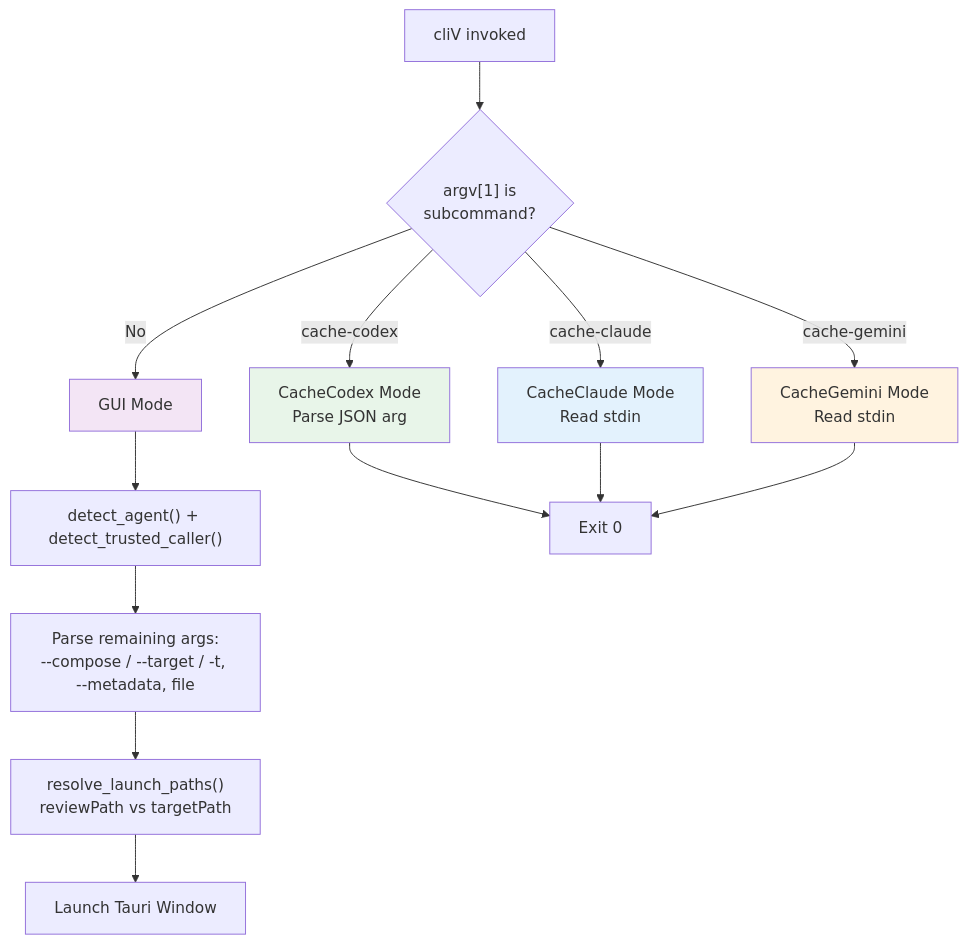
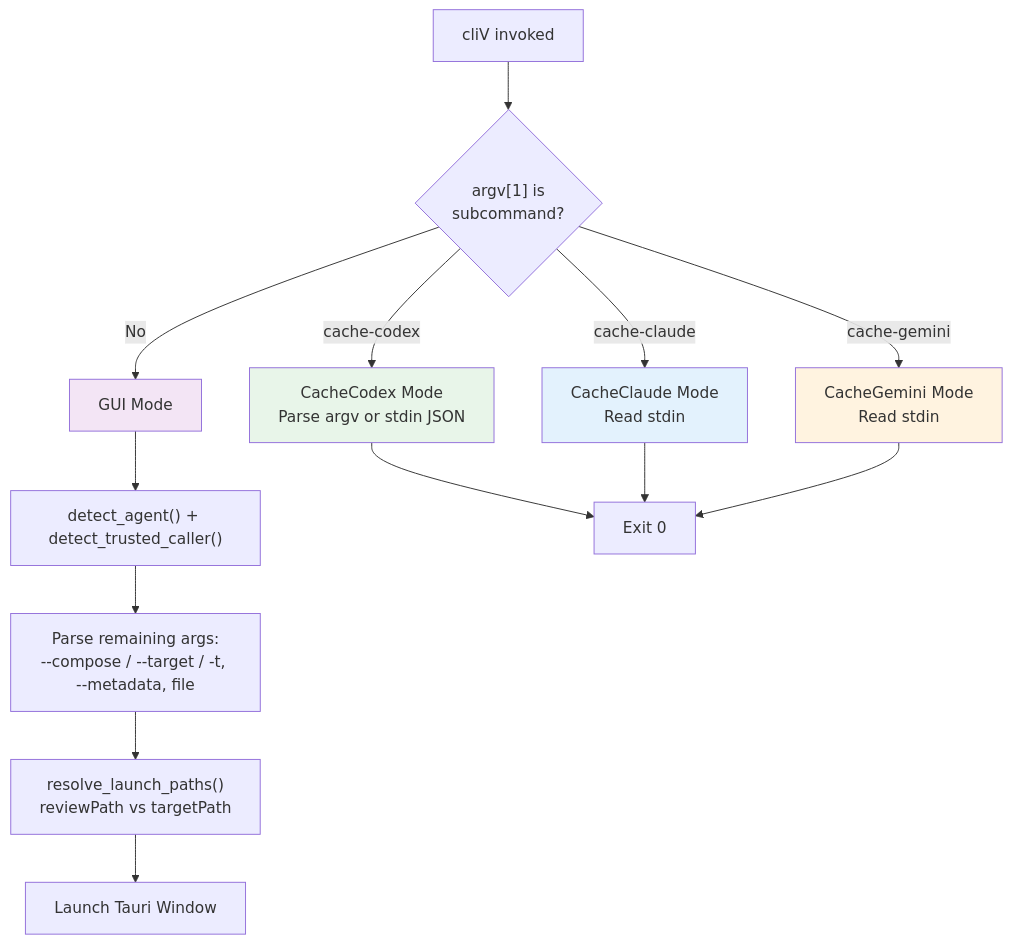
Before and after one commit to BobDLA/cliv: the third of 22 diagrams in docs/demo/demo.md, drawn with Mermaid. The commit also changed other lines of this file and 22 other files, not shown here.

````diff
--- a/docs/demo/demo.md
+++ b/docs/demo/demo.md
@@ -232,23 +255,23 @@
 ```mermaid
 flowchart TD
     START["cliV invoked"] --> CHECK_SUB{"argv[1] is<br/>subcommand?"}
 
-    CHECK_SUB -->|"cache-codex"| CODEX_CACHE["CacheCodex Mode<br/>Parse JSON arg"]
+    CHECK_SUB -->|"cache-codex"| CODEX_CACHE["CacheCodex Mode<br/>Parse argv or stdin JSON"]
     CHECK_SUB -->|"cache-claude"| CLAUDE_CACHE["CacheClaude Mode<br/>Read stdin"]
     CHECK_SUB -->|"cache-gemini"| GEMINI_CACHE["CacheGemini Mode<br/>Read stdin"]
     CHECK_SUB -->|"No"| GUI_MODE["GUI Mode"]
 
     GUI_MODE --> DETECT["detect_agent() + detect_trusted_caller()"]
     DETECT --> PARSE_ARGS["Parse remaining args:<br/>--compose / --target / -t, --metadata, file"]
     PARSE_ARGS --> RESOLVE["resolve_launch_paths()<br/>reviewPath vs targetPath"]
 
     CODEX_CACHE --> EXIT_0["Exit 0"]
     CLAUDE_CACHE --> EXIT_0
     GEMINI_CACHE --> EXIT_0
     RESOLVE --> LAUNCH["Launch Tauri Window"]
 
     style CODEX_CACHE fill:#e8f5e9
     style CLAUDE_CACHE fill:#e3f2fd
     style GEMINI_CACHE fill:#fff3e0
     style GUI_MODE fill:#f3e5f5
 ```
````
